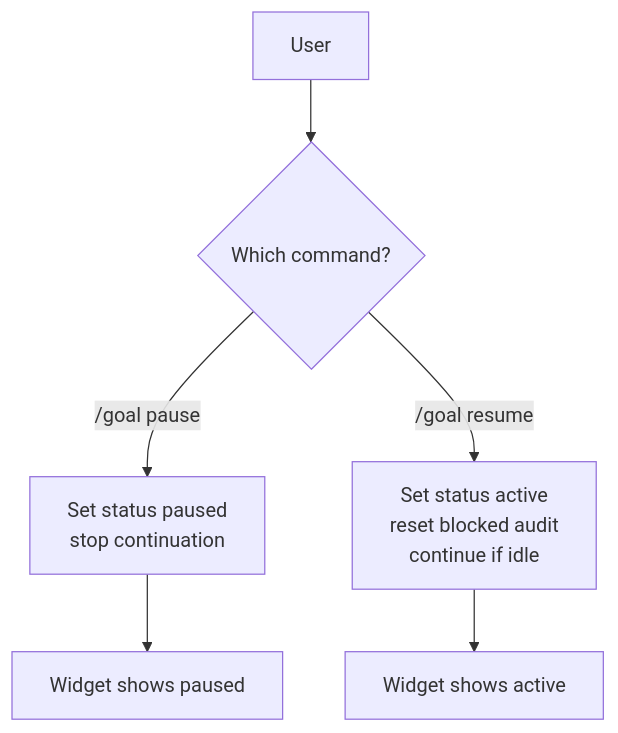
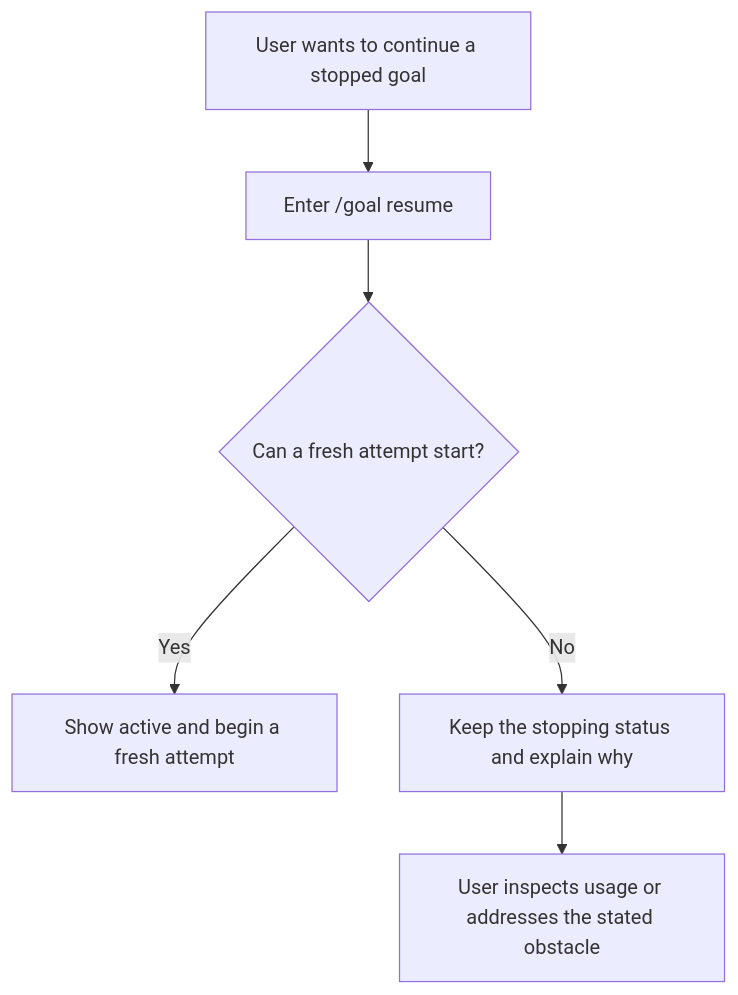
The diagram in docs/ux/ux-design.md (WeZZard/pi-secretary), drawn with Mermaid before and after one commit. The commit also changed other lines of this file and 32 other files, not shown here.

First line of the commit message:
fix: synchronize goal state and order automatic continuation

````diff
--- a/docs/ux/ux-design.md
+++ b/docs/ux/ux-design.md
@@ -190,8 +153,8 @@
 ```mermaid
 flowchart TD
-    U[User] --> C{Which command?}
-    C -->|/goal pause| P[Set status paused<br/>stop continuation]
-    C -->|/goal resume| R[Set status active<br/>reset blocked audit<br/>continue if idle]
-    P --> W[Widget shows paused]
-    R --> W2[Widget shows active]
+    U[User wants to continue a stopped goal] --> C[Enter /goal resume]
+    C --> Q{Can a fresh attempt start?}
+    Q -->|Yes| A[Show active and begin a fresh attempt]
+    Q -->|No| S[Keep the stopping status and explain why]
+    S --> R[User inspects usage or addresses the stated obstacle]
 ```
````
